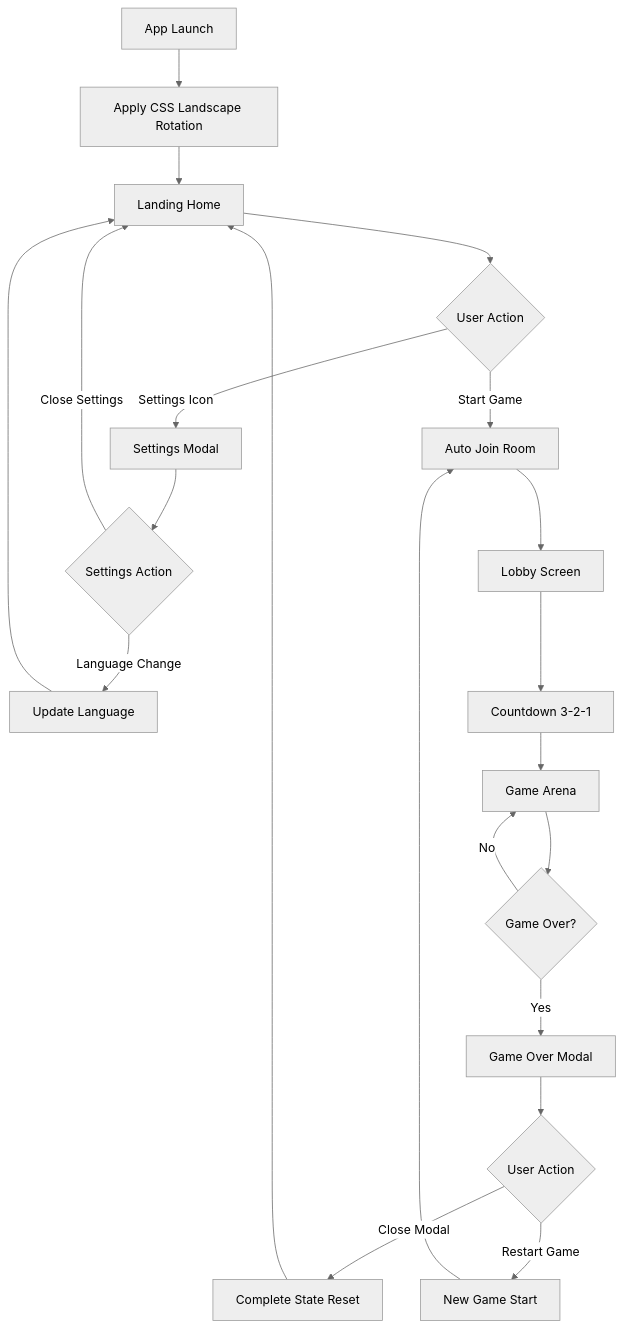
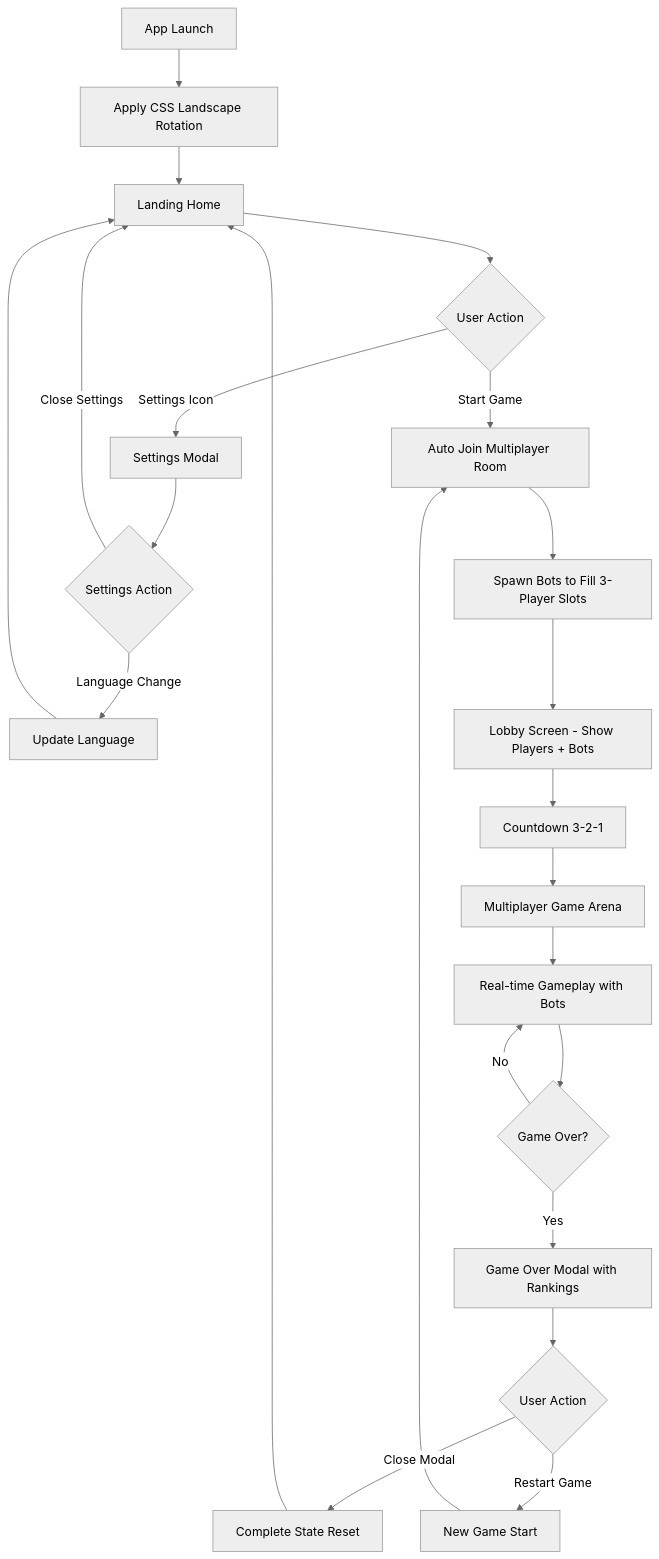
Before and after one commit to peopleinfo/worm-zone: the diagram in .trae/documents/worm-zone-prd.md, drawn with Mermaid (neutral theme). The commit also changed other lines of this file, not shown here.

````diff
--- a/.trae/documents/worm-zone-prd.md
+++ b/.trae/documents/worm-zone-prd.md
@@ -63,23 +63,25 @@
 ```mermaid
 graph TD
     A[App Launch] --> B[Apply CSS Landscape Rotation]
     B --> C[Landing Home]
     C --> D{User Action}
     D -->|Settings Icon| E[Settings Modal]
-    D -->|Start Game| F[Auto Join Room]
+    D -->|Start Game| F[Auto Join Multiplayer Room]
     E --> G{Settings Action}
     G -->|Language Change| H[Update Language]
     G -->|Close Settings| C
     H --> C
-    F --> I[Lobby Screen]
-    I --> J[Countdown 3-2-1]
-    J --> K[Game Arena]
-    K --> L{Game Over?}
-    L -->|No| K
-    L -->|Yes| M[Game Over Modal]
-    M --> N{User Action}
-    N -->|Close Modal| O[Complete State Reset]
-    N -->|Restart Game| P[New Game Start]
-    O --> C
-    P --> F
+    F --> I[Spawn Bots to Fill 3-Player Slots]
+    I --> J[Lobby Screen - Show Players + Bots]
+    J --> K[Countdown 3-2-1]
+    K --> L[Multiplayer Game Arena]
+    L --> M[Real-time Gameplay with Bots]
+    M --> N{Game Over?}
+    N -->|No| M
+    N -->|Yes| O[Game Over Modal with Rankings]
+    O --> P{User Action}
+    P -->|Close Modal| Q[Complete State Reset]
+    P -->|Restart Game| R[New Game Start]
+    Q --> C
+    R --> F
 ```
````
